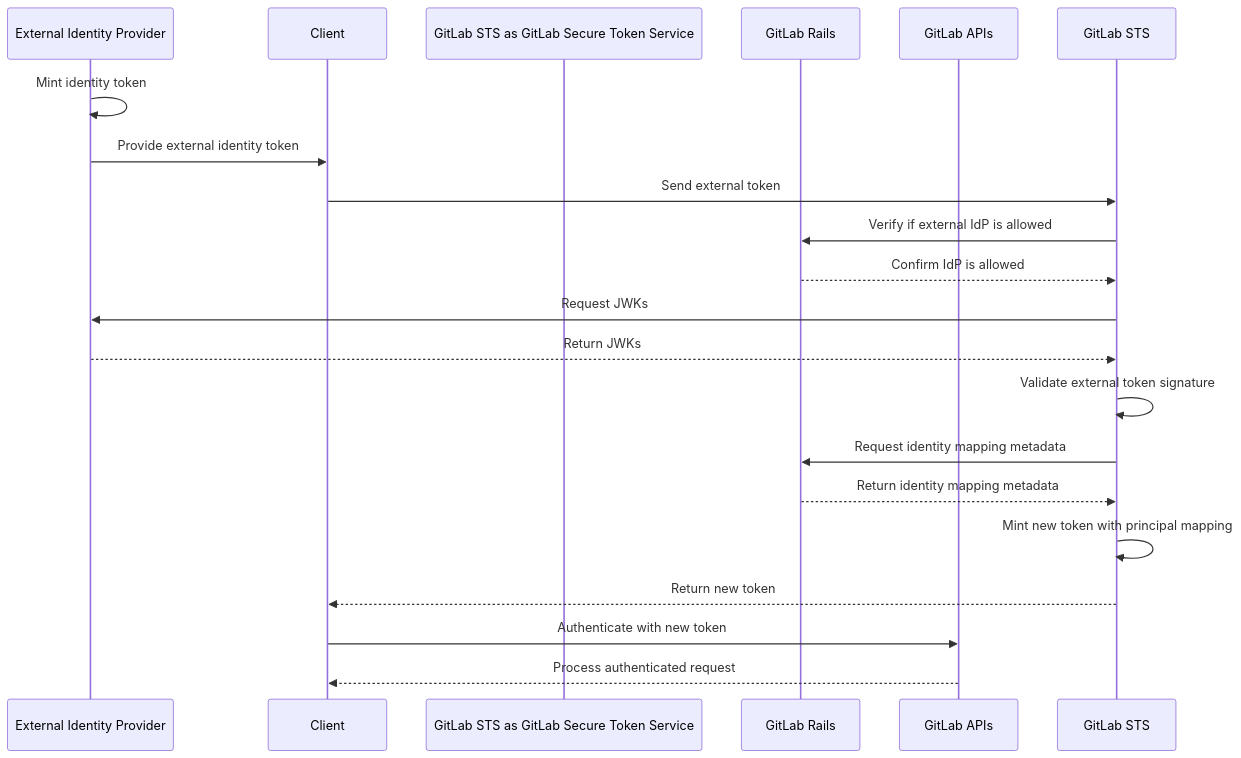
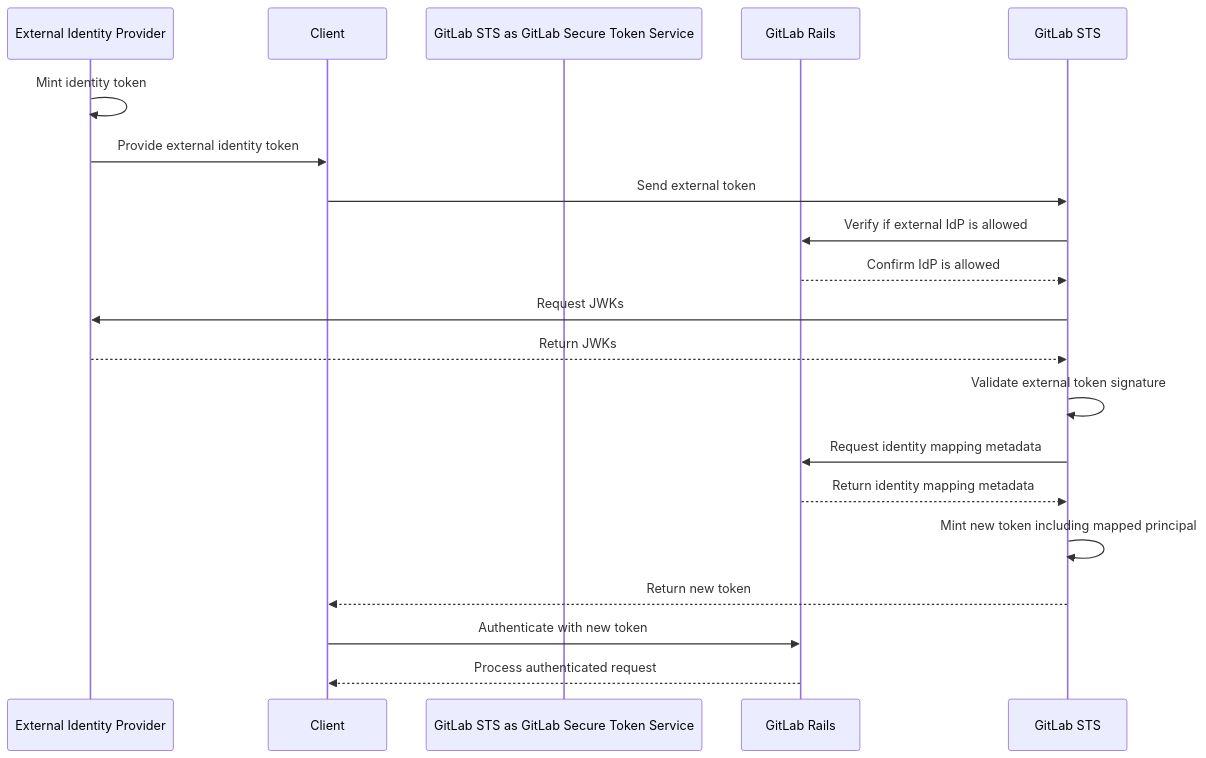
One commit to zalyoung/gitlab-handbook changed the diagram in content/handbook/engineering/architecture/design-documents/gitlab_workload_identity_federation/_index.md. Above: the diagram before and after it, drawn with Mermaid.

Commit message:
Improve GitLab WLIF sequence diagram

````diff
--- a/content/handbook/engineering/architecture/design-documents/gitlab_workload_identity_federation/_index.md
+++ b/content/handbook/engineering/architecture/design-documents/gitlab_workload_identity_federation/_index.md
@@ -65,30 +65,29 @@
 ```mermaid
 sequenceDiagram
     participant External Identity Provider
     participant Client
     participant GitLab STS as GitLab Secure Token Service
     participant GitLab Rails
-    participant GitLab APIs
 
     External Identity Provider->>External Identity Provider: Mint identity token
     External Identity Provider->>Client: Provide external identity token
 
     Client->>GitLab STS: Send external token
 
     GitLab STS->>GitLab Rails: Verify if external IdP is allowed
     GitLab Rails-->>GitLab STS: Confirm IdP is allowed
 
     GitLab STS->>External Identity Provider: Request JWKs
     External Identity Provider-->>GitLab STS: Return JWKs
 
     GitLab STS->>GitLab STS: Validate external token signature
 
     GitLab STS->>GitLab Rails: Request identity mapping metadata
     GitLab Rails-->>GitLab STS: Return identity mapping metadata
 
-    GitLab STS->>GitLab STS: Mint new token with principal mapping
+    GitLab STS->>GitLab STS: Mint new token including mapped principal
     GitLab STS-->>Client: Return new token
 
-    Client->>GitLab APIs: Authenticate with new token
-    GitLab APIs-->>Client: Process authenticated request
+    Client->>GitLab Rails: Authenticate with new token
+    GitLab Rails-->>Client: Process authenticated request
 ```
````
